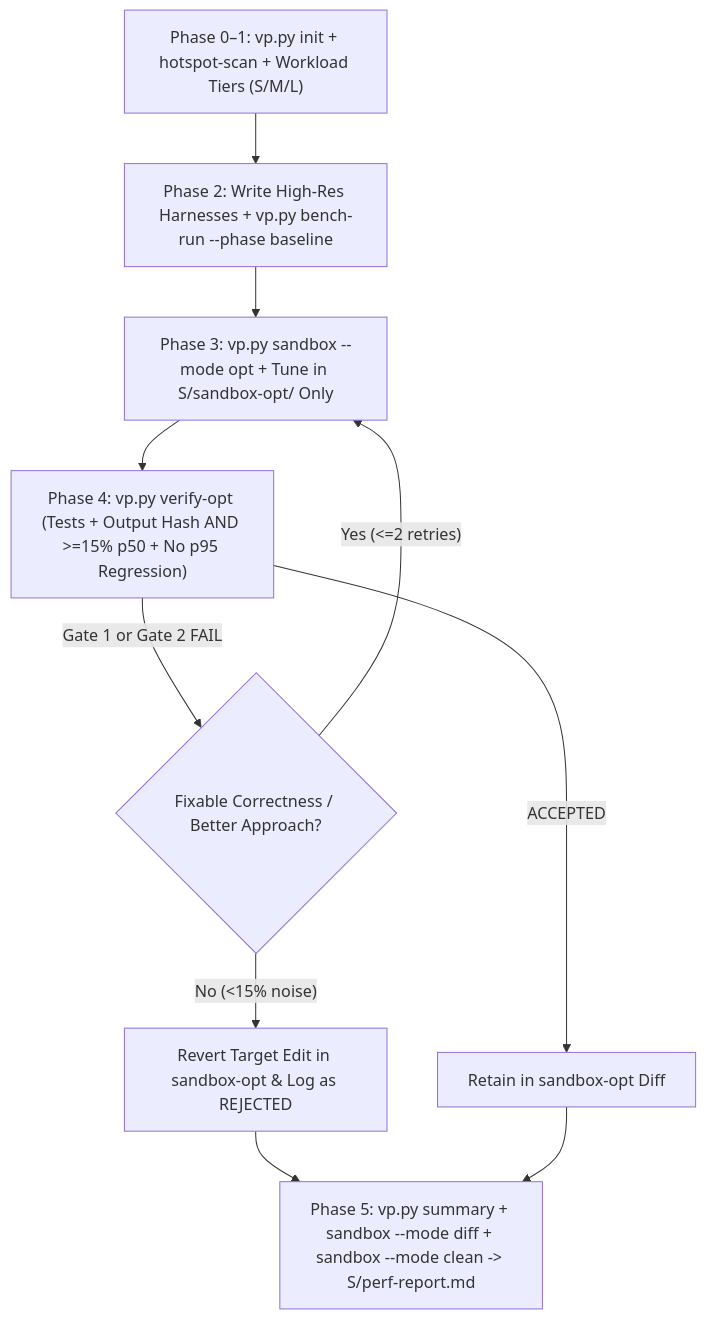
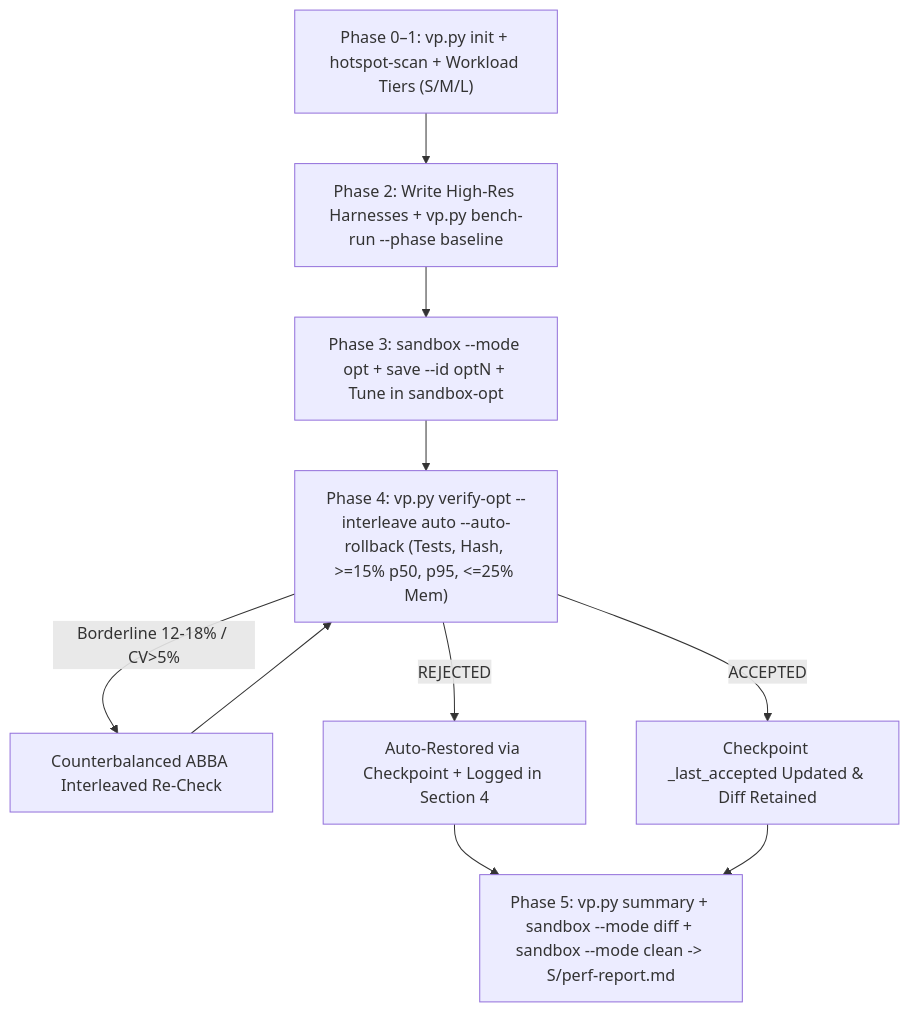
The diagram in README.md (lufus4826-eng/veriperf), drawn with Mermaid before and after one commit. The commit also changed other lines of this file and 12 other files, not shown here.

Commit message:
feat: upgrade VeriPerf to v1.1.0 — memory ceiling, ABBA interleave, canonical hash, checkpoint rollback, ESM imports & runnable example

````diff
--- a/README.md
+++ b/README.md
@@ -87,12 +101,12 @@
 ```mermaid
 flowchart TD
     A["Phase 0–1: vp.py init + hotspot-scan + Workload Tiers (S/M/L)"] --> B["Phase 2: Write High-Res Harnesses + vp.py bench-run --phase baseline"]
-    B --> C["Phase 3: vp.py sandbox --mode opt + Tune in S/sandbox-opt/ Only"]
-    C --> D["Phase 4: vp.py verify-opt (Tests + Output Hash AND >=15% p50 + No p95 Regression)"]
-    D -- "Gate 1 or Gate 2 FAIL" --> E{"Fixable Correctness / Better Approach?"}
-    E -- "Yes (<=2 retries)" --> C
-    E -- "No (<15% noise)" --> F["Revert Target Edit in sandbox-opt & Log as REJECTED"]
-    D -- "ACCEPTED" --> G["Retain in sandbox-opt Diff"]
+    B --> C["Phase 3: sandbox --mode opt + save --id optN + Tune in sandbox-opt"]
+    C --> D["Phase 4: vp.py verify-opt --interleave auto --auto-rollback (Tests, Hash, >=15% p50, p95, <=25% Mem)"]
+    D -- "Borderline 12-18% / CV>5%" --> D1["Counterbalanced ABBA Interleaved Re-Check"]
+    D1 --> D
+    D -- "REJECTED" --> F["Auto-Restored via Checkpoint + Logged in Section 4"]
+    D -- "ACCEPTED" --> G["Checkpoint _last_accepted Updated & Diff Retained"]
     F --> H["Phase 5: vp.py summary + sandbox --mode diff + sandbox --mode clean -> S/perf-report.md"]
     G --> H
 ```
````
